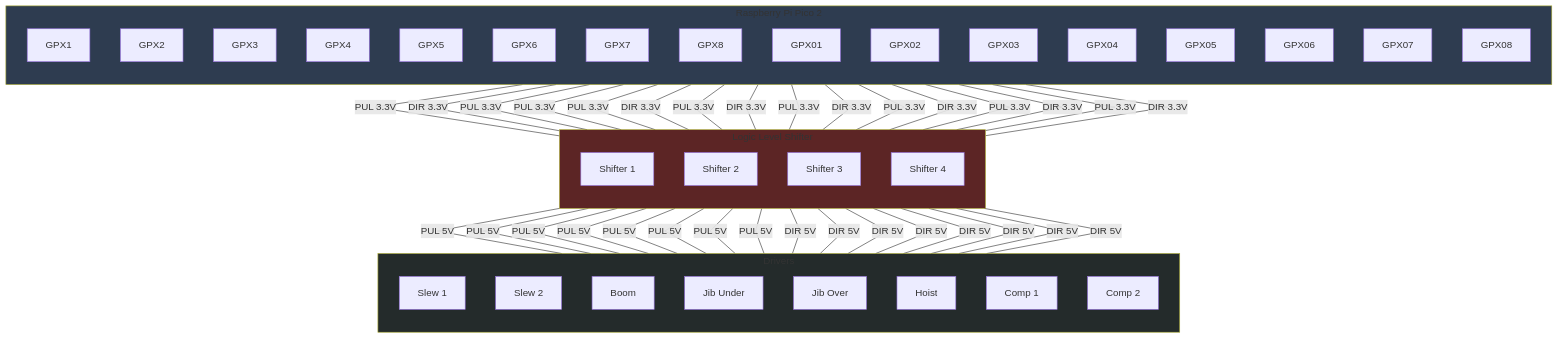
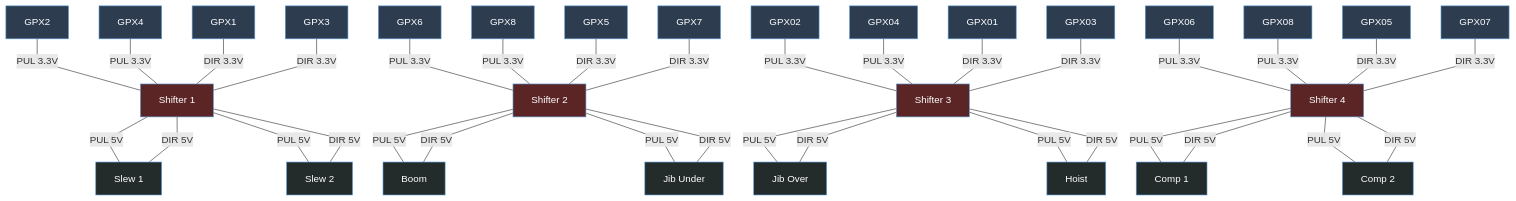
The first of 5 diagrams in README_typhora.md (lyngstad-armin/scale-crane-electric-wire-luffing), drawn with Mermaid before and after one commit. The commit also changed 1 other file, not shown here.

Commit message:
I forgot to push...

````diff
--- a/README_typhora.md
+++ b/README_typhora.md
@@ -10,104 +10,65 @@
 %%{init: {'flowchart': {'curve': 'linear'}}}%%
 flowchart TB
 
-subgraph DM320[Drivers]
-    direction TB
+    classDef pico fill:#2e3c50,stroke:#5b9bd5,color:#fff
+    classDef shifter fill:#5c2525,stroke:#5b9bd5,color:#fff
+    classDef driver fill:#242b2b,stroke:#5b9bd5,color:#fff
 
-    DM1[Slew 1]
-    DM2[Slew 2]
-    DM3[Boom]
-    DM4[Jib Under]
-    DM5[Jib Over]
-    DM6[Hoist]
-    DM7[Comp 1]
-    DM8[Comp 2]
-end
+    DM1[Slew 1]:::driver
+    DM2[Slew 2]:::driver
+    DM3[Boom]:::driver
+    DM4[Jib Under]:::driver
+    DM5[Jib Over]:::driver
+    DM6[Hoist]:::driver
+    DM7[Comp 1]:::driver
+    DM8[Comp 2]:::driver
 
-subgraph LLS[Logic Level Shifter]
-    direction TB
+    LLS1[Shifter 1]:::shifter
+    LLS2[Shifter 2]:::shifter
+    LLS3[Shifter 3]:::shifter
+    LLS4[Shifter 4]:::shifter
 
-    LLS1[Shifter 1]
-    LLS2[Shifter 2]
-    LLS3[Shifter 3]
-    LLS4[Shifter 4]
-end
+    GPX1:::pico
+    GPX2:::pico
+    GPX3:::pico
+    GPX4:::pico
+    GPX5:::pico
+    GPX6:::pico
+    GPX7:::pico
+    GPX8:::pico
+    GPX01:::pico
+    GPX02:::pico
+    GPX03:::pico
+    GPX04:::pico
+    GPX05:::pico
+    GPX06:::pico
+    GPX07:::pico
+    GPX08:::pico
 
-subgraph PICO[Raspberry Pi Pico 2]
-    direction TB
+%%linkStyle 0,1 display:none
+GPX2 ---|PUL 3.3V| LLS1 ---|PUL 5V| DM1
+GPX4 ---|PUL 3.3V| LLS1 ---|PUL 5V| DM2
 
-    GPX1
-    GPX2
-    GPX3
-    GPX4
-    GPX5
-    GPX6
-    GPX7
-    GPX8
-    GPX01
-    GPX02
-    GPX03
-    GPX04
-    GPX05
-    GPX06
-    GPX07
-    GPX08
-end
+GPX6 ---|PUL 3.3V| LLS2 ---|PUL 5V| DM3
+GPX8 ---|PUL 3.3V| LLS2 ---|PUL 5V| DM4
+
+GPX02 ---|PUL 3.3V| LLS3 ---|PUL 5V| DM5
+GPX04 ---|PUL 3.3V| LLS3 ---|PUL 5V| DM6
+
+GPX06 ---|PUL 3.3V| LLS4 ---|PUL 5V| DM7
+GPX08 ---|PUL 3.3V| LLS4 ---|PUL 5V| DM8
 
 
-%%subgraph CCM[Crane Control Module]
-%%    direction TB
-%%      PICO
-%%      LLS
-%%      DM320
-%%end
+GPX1 ---|DIR 3.3V| LLS1 ---|DIR 5V| DM1
+GPX3 ---|DIR 3.3V| LLS1 ---|DIR 5V| DM2
 
+GPX5 ---|DIR 3.3V| LLS2 ---|DIR 5V| DM3
+GPX7 ---|DIR 3.3V| LLS2 ---|DIR 5V| DM4
 
-%% LOGIC LEVEL SHIFTER (5V) TO MOTOR DRIVERS
-LLS1 ---|PUL 5V| DM1 & DM2
-LLS2 ---|PUL 5V| DM3 & DM4
-LLS3 ---|PUL 5V| DM5 & DM6
-LLS4 ---|PUL 5V| DM7 & DM8
+GPX01 ---|DIR 3.3V| LLS3 ---|DIR 5V| DM5
+GPX03 ---|DIR 3.3V| LLS3 ---|DIR 5V| DM6
 
-LLS1 ---|DIR 5V| DM1 & DM2
-LLS2 ---|DIR 5V| DM3 & DM4
-LLS3 ---|DIR 5V| DM5 & DM6
-LLS4 ---|DIR 5V| DM7 & DM8
+GPX05 ---|DIR 3.3V| LLS4 ---|DIR 5V| DM7
+GPX07 ---|DIR 3.3V| LLS4 ---|DIR 5V| DM8
 
-
-%% PICO TO LOGIC LEVEL SHIFTER
-GPX1 ---|PUL 3.3V| LLS1
-GPX2 ---|DIR 3.3V| LLS1
-
-GPX3 ---|PUL 3.3V| LLS1
-GPX4 ---|PUL 3.3V| LLS1
-
-
-GPX5 ---|PUL 3.3V| LLS2
-GPX6 ---|DIR 3.3V| LLS2
-
-
-GPX7 ---|PUL 3.3V| LLS2
-GPX8 ---|DIR 3.3V| LLS2
-
-
-GPX01 ---|PUL 3.3V| LLS3
-GPX02 ---|DIR 3.3V| LLS3
-
-GPX03 ---|PUL 3.3V| LLS3
-GPX04 ---|DIR 3.3V| LLS3
-
-
-GPX05 ---|PUL 3.3V| LLS4
-GPX06 ---|DIR 3.3V| LLS4
-
-GPX07 ---|PUL 3.3V| LLS4
-GPX08 ---|DIR 3.3V| LLS4
-
-
-
-
-%% STYLE FILL
-style PICO fill:#2e3c50
-style DM320 fill:#242b2b
-style LLS fill:#5c2525
 ```
````
